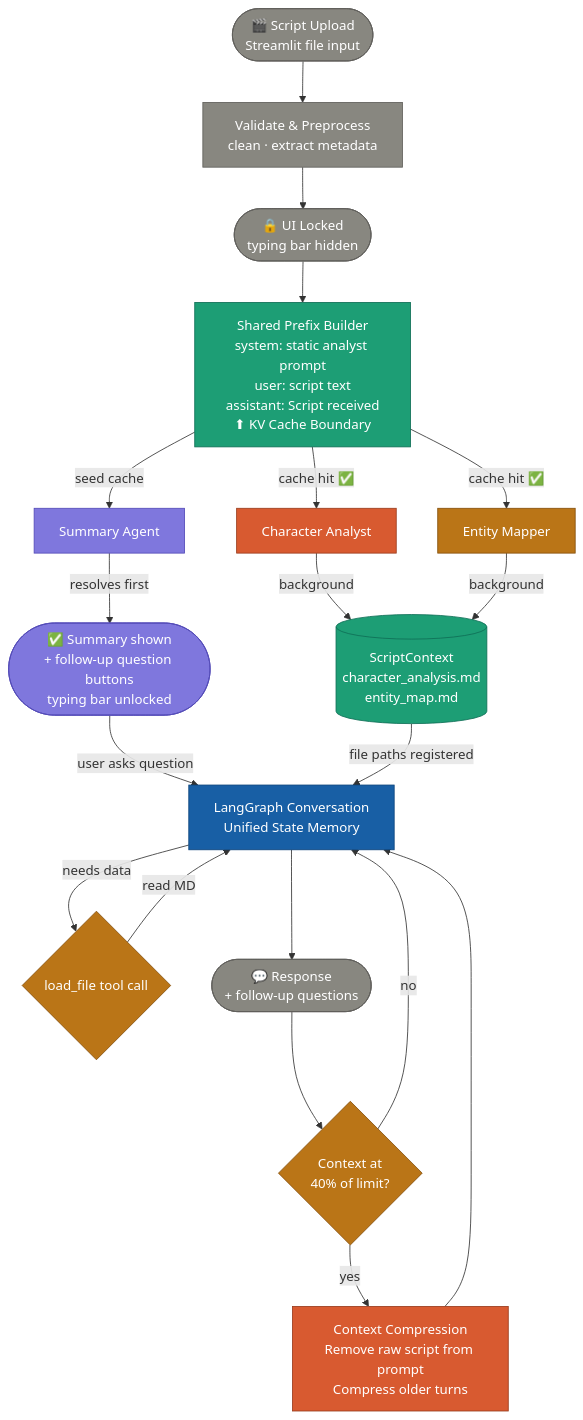
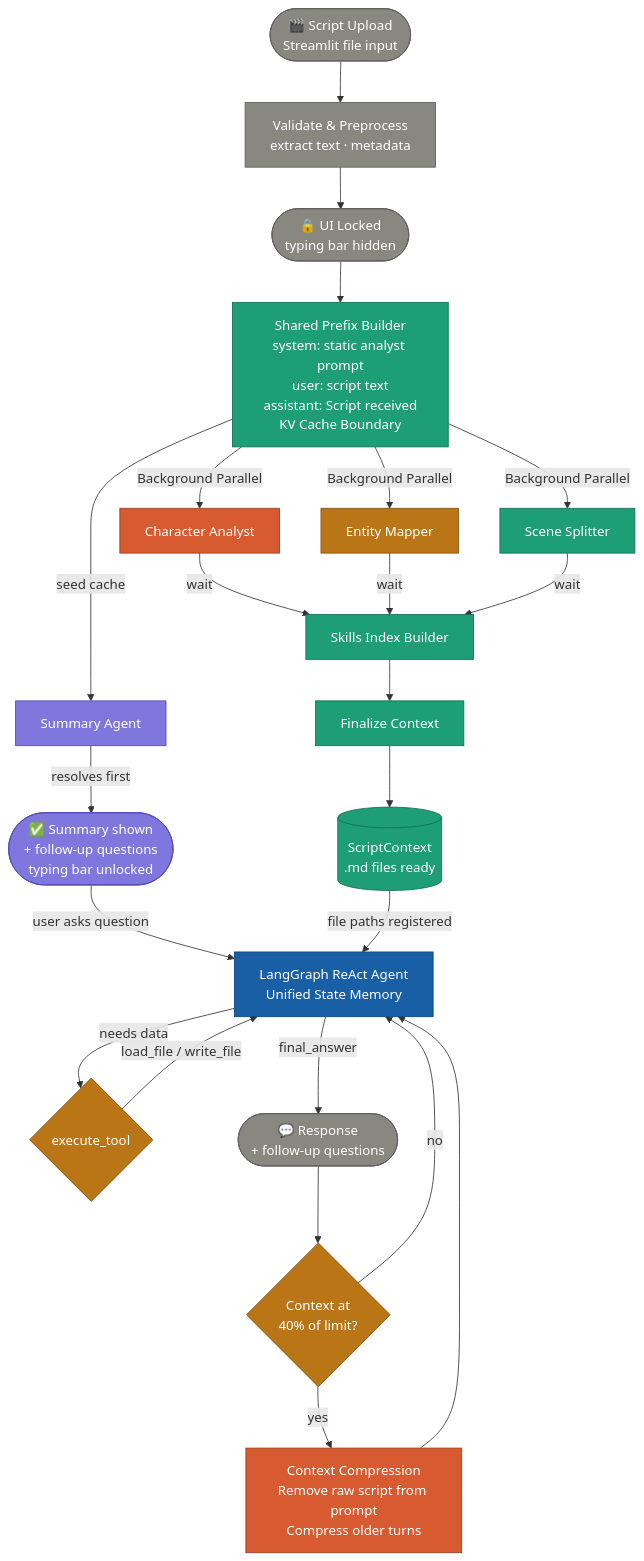
One commit to sukeshan/CineScript-Insight-Agent changed the first of 4 diagrams in agent/workflows/template.md. Above: the diagram before and after it, drawn with Mermaid. The commit also changed other lines of this file and 2 other files, not shown here.

Commit message:
feat: Introduce script analysis agent prompt and refine agent response tool argument clarity.

````diff
--- a/agent/workflows/template.md
+++ b/agent/workflows/template.md
@@ -37,33 +36,39 @@
 ```mermaid
 flowchart TD
-    Upload([🎬 Script Upload\nStreamlit file input]):::gray --> Pre[Validate & Preprocess\nclean · extract metadata]:::gray
-    Pre --> Lock([🔒 UI Locked\ntyping bar hidden]):::gray
-    Lock --> Prefix[Shared Prefix Builder\nsystem: static analyst prompt\nuser: script text\nassistant: Script received\n⬆ KV Cache Boundary]:::teal
+    Upload(["🎬 Script Upload\nStreamlit file input"]):::gray --> Pre["Validate & Preprocess\nextract text · metadata"]:::gray
+    Pre --> Lock(["🔒 UI Locked\ntyping bar hidden"]):::gray
+    Lock --> Prefix["Shared Prefix Builder\nsystem: static analyst prompt\nuser: script text\nassistant: Script received\nKV Cache Boundary"]:::teal
 
-    Prefix -->|seed cache| SA[Summary Agent]:::purple
-    Prefix -->|cache hit ✅| CA[Character Analyst]:::coral
-    Prefix -->|cache hit ✅| EM[Entity Mapper]:::amber
+    Prefix -->|"seed cache"| SA["Summary Agent"]:::purple
+    Prefix -->|"Background Parallel"| CA["Character Analyst"]:::coral
+    Prefix -->|"Background Parallel"| EM["Entity Mapper"]:::amber
+    Prefix -->|"Background Parallel"| SS["Scene Splitter"]:::teal
 
-    SA -->|resolves first| SUM([✅ Summary shown\n+ follow-up question buttons\ntyping bar unlocked]):::purple
-    CA -->|background| SC[(ScriptContext\ncharacter_analysis.md\nentity_map.md)]:::teal
-    EM -->|background| SC
+    SA -->|"resolves first"| SUM(["✅ Summary shown\n+ follow-up questions\ntyping bar unlocked"]):::purple
 
-    SUM -->|user asks question| Agent[LangGraph Conversation\nUnified State Memory]:::blue
-    SC -->|file paths registered| Agent
+    CA -->|"wait"| SI["Skills Index Builder"]:::teal
+    EM -->|"wait"| SI
+    SS -->|"wait"| SI
 
-    Agent -->|needs data| Tool{load_file tool call}:::amber
-    Tool -->|read MD| Agent
-    Agent --> Response([💬 Response\n+ follow-up questions]):::gray
-    
-    Response --> Budget{Context at\n40% of limit?}:::amber
-    Budget -->|no| Agent
-    Budget -->|yes| Compress[Context Compression\nRemove raw script from prompt\nCompress older turns]:::coral
+    SI --> Fin["Finalize Context"]:::teal
+    Fin --> SC[("ScriptContext\n.md files ready")]:::teal
+
+    SUM -->|"user asks question"| Agent["LangGraph ReAct Agent\nUnified State Memory"]:::blue
+    SC -->|"file paths registered"| Agent
+
+    Agent -->|"needs data"| Tool{"execute_tool"}:::amber
+    Tool -->|"load_file / write_file"| Agent
+    Agent -->|"final_answer"| Response(["💬 Response\n+ follow-up questions"]):::gray
+
+    Response --> Budget{"Context at\n40% of limit?"}:::amber
+    Budget -->|"no"| Agent
+    Budget -->|"yes"| Compress["Context Compression\nRemove raw script from prompt\nCompress older turns"]:::coral
     Compress --> Agent
 
     classDef gray   fill:#888780,stroke:#5F5E5A,color:#fff
     classDef teal   fill:#1D9E75,stroke:#0F6E56,color:#fff
     classDef purple fill:#7F77DD,stroke:#534AB7,color:#fff
     classDef coral  fill:#D85A30,stroke:#993C1D,color:#fff
     classDef amber  fill:#BA7517,stroke:#854F0B,color:#fff
     classDef blue   fill:#185FA5,stroke:#0C447C,color:#fff
 ```
````
